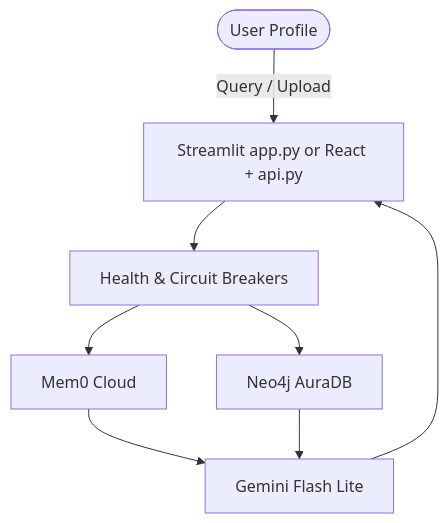
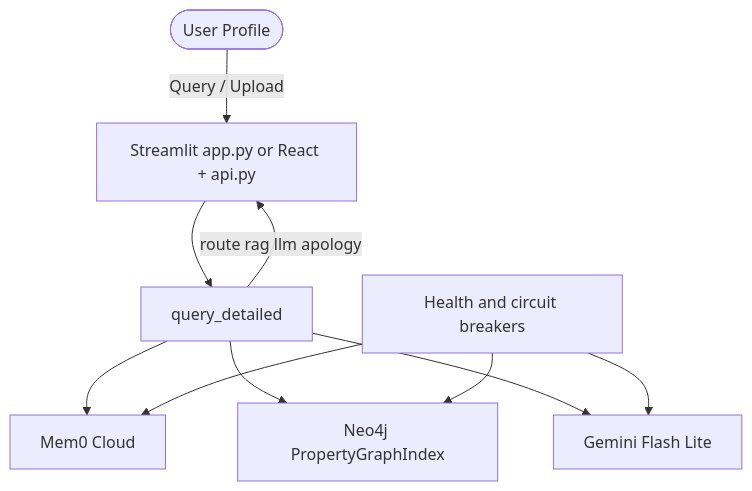
The diagram in README.md (Inayat-0007/I.N.A.Y.A.T.-An-agentic-RAG-system-that-remembers-you-reads-your-documents-and-visualises.), drawn with Mermaid before and after one commit. The commit also changed other lines of this file and 7 other files, not shown here.

````diff
--- a/README.md
+++ b/README.md
@@ -73,9 +103,12 @@
 ```mermaid
 flowchart TD
     User([User Profile]) -->|Query / Upload| UI[Streamlit app.py or React + api.py]
-    UI --> Health[Health & Circuit Breakers]
-    Health --> Mem0[Mem0 Cloud]
-    Health --> Neo4j[Neo4j AuraDB]
-    Mem0 & Neo4j --> LLM[Gemini Flash Lite]
-    LLM --> UI
+    UI --> Agent[query_detailed]
+    Agent --> Mem0[Mem0 Cloud]
+    Agent --> Neo4j[Neo4j PropertyGraphIndex]
+    Agent --> LLM[Gemini Flash Lite]
+    Agent -->|route rag llm apology| UI
+    Health[Health and circuit breakers] --> Mem0
+    Health --> Neo4j
+    Health --> LLM
 ```
````
